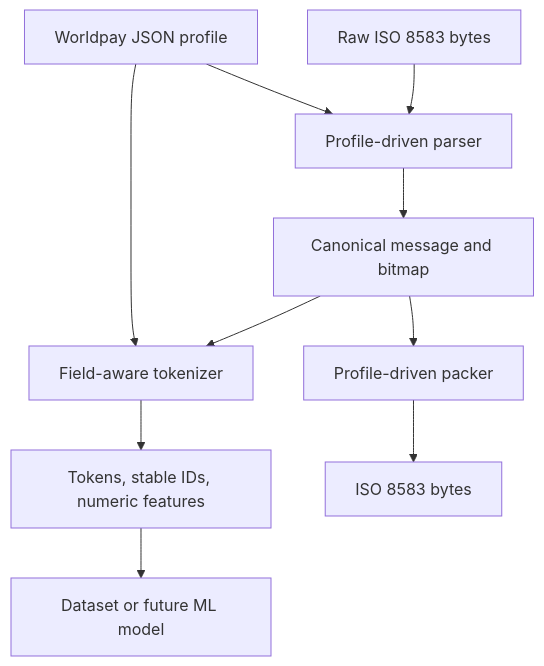
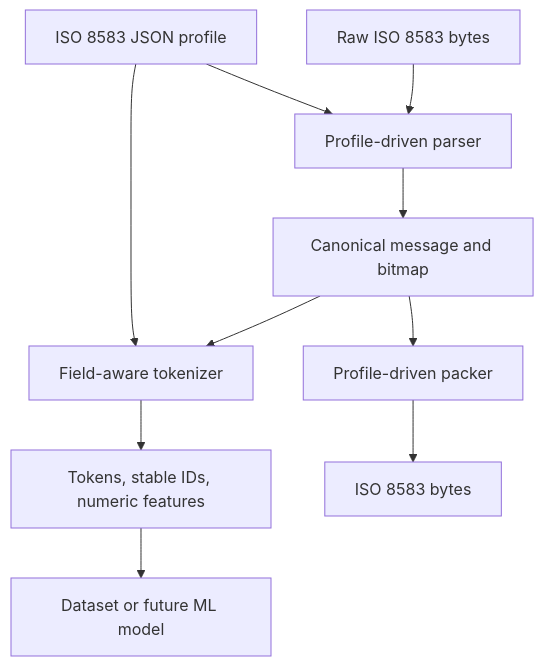
The diagram in README.md (techan-af/Iso-8583-tokenizer), drawn with Mermaid before and after one commit. The commit also changed other lines of this file and 6 other files, not shown here.

````diff
--- a/README.md
+++ b/README.md
@@ -7,12 +7,12 @@
 ```mermaid
 flowchart TD
     A[Raw ISO 8583 bytes] --> B[Profile-driven parser]
-    P[Worldpay JSON profile] --> B
+    P[ISO 8583 JSON profile] --> B
     B --> C[Canonical message and bitmap]
     C --> D[Field-aware tokenizer]
     P --> D
     D --> E[Tokens, stable IDs, numeric features]
     E --> F[Dataset or future ML model]
     C --> G[Profile-driven packer]
     G --> H[ISO 8583 bytes]
 ```
````
